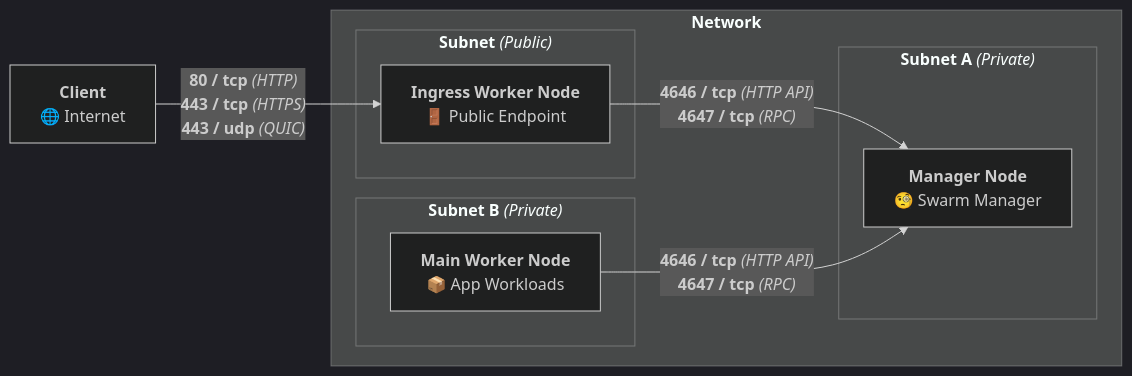
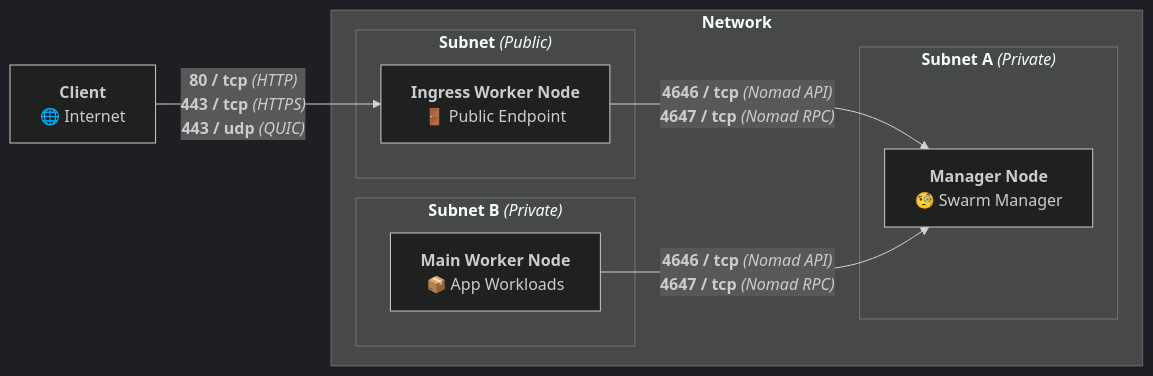
One commit to cloud-skeleton/prerequisites changed the diagram in README.md. Above: the diagram before and after it, drawn with Mermaid (dark theme). The commit also changed 2 other files, not shown here.

````diff
--- a/README.md
+++ b/README.md
@@ -21,25 +21,25 @@
 ```mermaid
 graph LR
 
   external_client["<b>Client</b><br>🌐 Internet"]
 
   subgraph "<b>Network</b>"
     subgraph "<b>Subnet</b> <i>(Public)</i>"
       ingress["<b>Ingress Worker Node</b><br>🚪 Public Endpoint"]
     end
 
     subgraph "<b>Subnet A</b> <i>(Private)</i>"
       manager["<b>Manager Node</b><br>🧐 Swarm Manager"]
     end
 
     subgraph "<b>Subnet B</b> <i>(Private)</i>"
       worker["<b>Main Worker Node</b><br>📦 App Workloads"]
     end
   end
 
   external_client -->|"<b>80 / tcp</b> <i>(HTTP)</i><br><b>443 / tcp</b> <i>(HTTPS)</i><br><b>443 / udp</b> <i>(QUIC)</i>"| ingress
 
-  ingress -->|"<b>4646 / tcp</b> <i>(HTTP API)</i><br><b>4647 / tcp</b> <i>(RPC)</i>"| manager
+  ingress -->|"<b>4646 / tcp</b> <i>(Nomad API)</i><br><b>4647 / tcp</b> <i>(Nomad RPC)</i>"| manager
 
-  worker -->|"<b>4646 / tcp</b> <i>(HTTP API)</i><br><b>4647 / tcp</b> <i>(RPC)</i>"| manager
+  worker -->|"<b>4646 / tcp</b> <i>(Nomad API)</i><br><b>4647 / tcp</b> <i>(Nomad RPC)</i>"| manager
 ```
````
